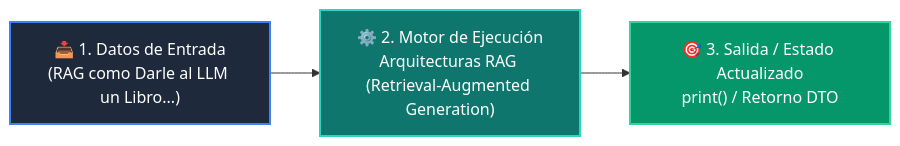
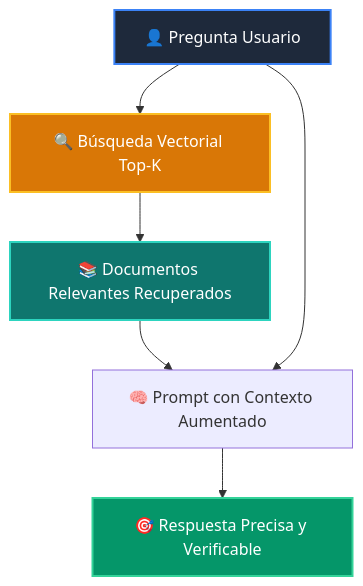
The diagram in docs/curso-03/clase-06.md (wisrovi/wisrovi-python), drawn with Mermaid before and after one commit. The commit also changed other lines of this file and 52 other files, not shown here.

````diff
--- a/docs/curso-03/clase-06.md
+++ b/docs/curso-03/clase-06.md
@@ -38,9 +37,11 @@
 ```mermaid
-flowchart LR
-    IN["📥 1. Datos de Entrada<br/>(RAG como Darle al LLM un Libro...)"] --> ENG["⚙️ 2. Motor de Ejecución<br/>Arquitecturas RAG (Retrieval-Augmented Generation)"]
-    ENG --> OUT["🎯 3. Salida / Estado Actualizado<br/>print() / Retorno DTO"]
-
-    style IN fill:#1e293b,color:#ffffff,stroke:#3b82f6,stroke-width:2px
-    style ENG fill:#0f766e,color:#ffffff,stroke:#2dd4bf,stroke-width:2px
-    style OUT fill:#059669,color:#ffffff,stroke:#34d399,stroke-width:2px
+flowchart TD
+    A["👤 Pregunta Usuario"] --> B["🔍 Búsqueda Vectorial Top-K"]
+    B --> C["📚 Documentos Relevantes Recuperados"]
+    C & A --> D["🧠 Prompt con Contexto Aumentado"]
+    D --> E["🎯 Respuesta Precisa y Verificable"]
+    style A fill:#1e293b,color:#ffffff,stroke:#3b82f6,stroke-width:2px
+    style B fill:#d97706,color:#ffffff,stroke:#fbbf24,stroke-width:2px
+    style C fill:#0f766e,color:#ffffff,stroke:#2dd4bf,stroke-width:2px
+    style E fill:#059669,color:#ffffff,stroke:#34d399,stroke-width:2px
 ```
````
